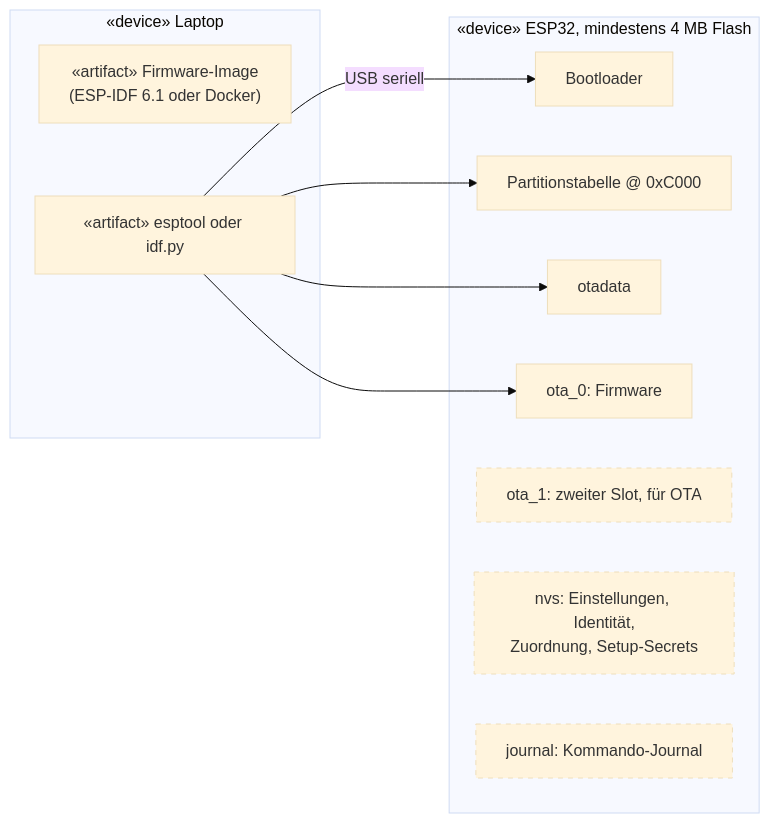
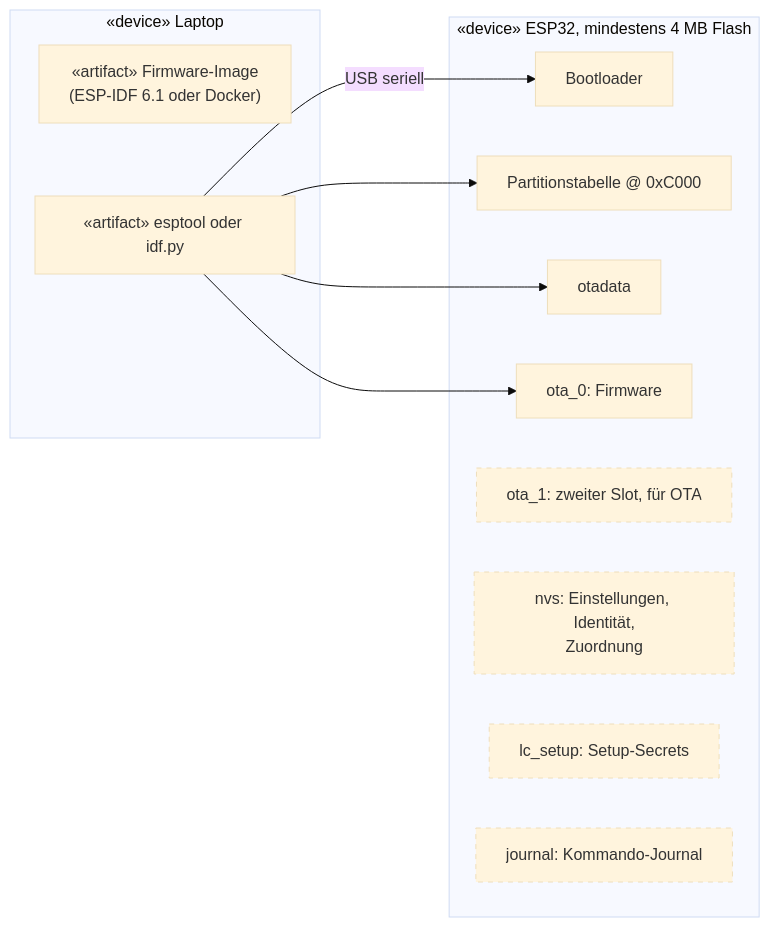
Before and after one commit to Open-Locker/Open-Locker: the third of 3 diagrams in website/src/content/docs/de/dokumentation/esp32/flashing.md, drawn with Mermaid (base theme). The commit also changed other lines of this file and 128 other files, not shown here.

````diff
--- a/website/src/content/docs/de/dokumentation/esp32/flashing.md
+++ b/website/src/content/docs/de/dokumentation/esp32/flashing.md
@@ -329,22 +331,23 @@
 ```mermaid
 flowchart LR
     subgraph laptop["«device» Laptop"]
         idf["«artifact» Firmware-Image<br/>(ESP-IDF 6.1 oder Docker)"]
         esptool["«artifact» esptool oder idf.py"]
     end
     subgraph esp["«device» ESP32, mindestens 4 MB Flash"]
         boot["Bootloader"]
         pt["Partitionstabelle @ 0xC000"]
         ota["otadata"]
         app0["ota_0: Firmware"]
         app1["ota_1: zweiter Slot, für OTA"]
-        nvs["nvs: Einstellungen, Identität,<br/>Zuordnung, Setup-Secrets"]
+        nvs["nvs: Einstellungen, Identität,<br/>Zuordnung"]
+        setup["lc_setup: Setup-Secrets"]
         journal["journal: Kommando-Journal"]
     end
     esptool -- "USB seriell" --> boot
     esptool --> pt
     esptool --> ota
     esptool --> app0
     classDef kept stroke-dasharray: 5 5
-    class nvs,journal,app1 kept
+    class nvs,setup,journal,app1 kept
 ```
````
